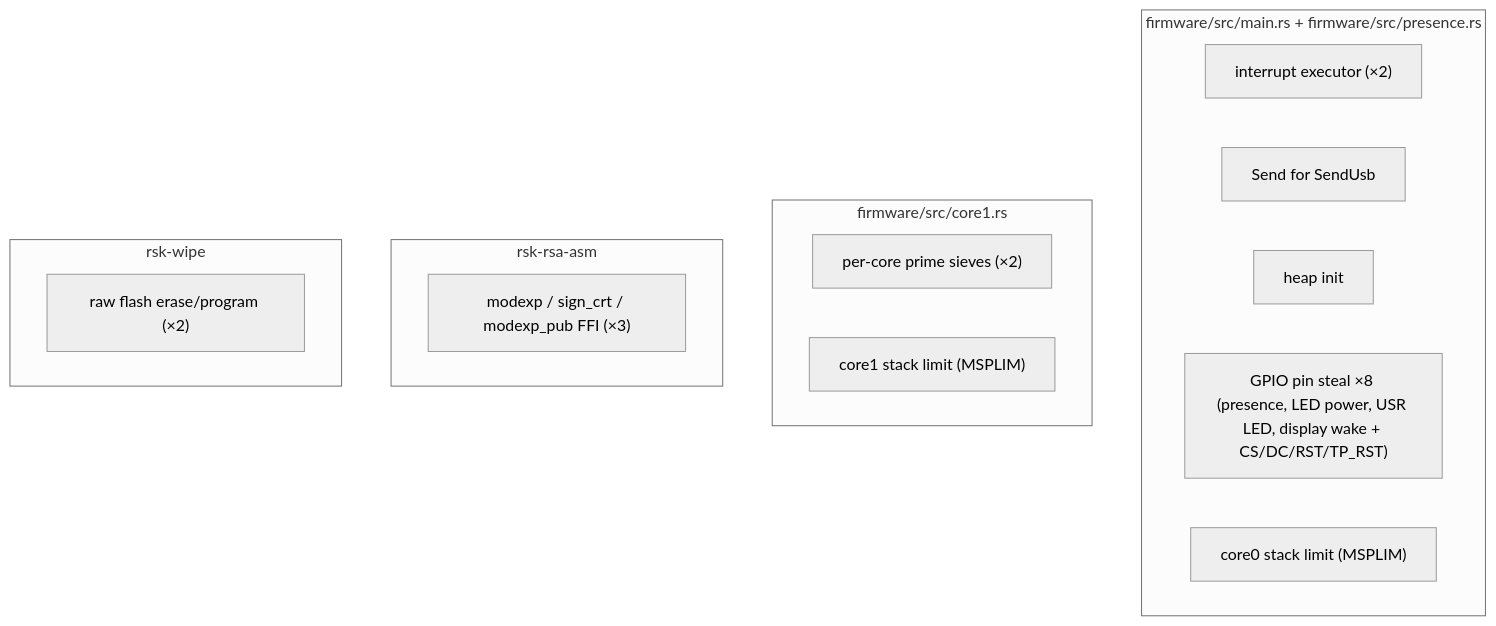
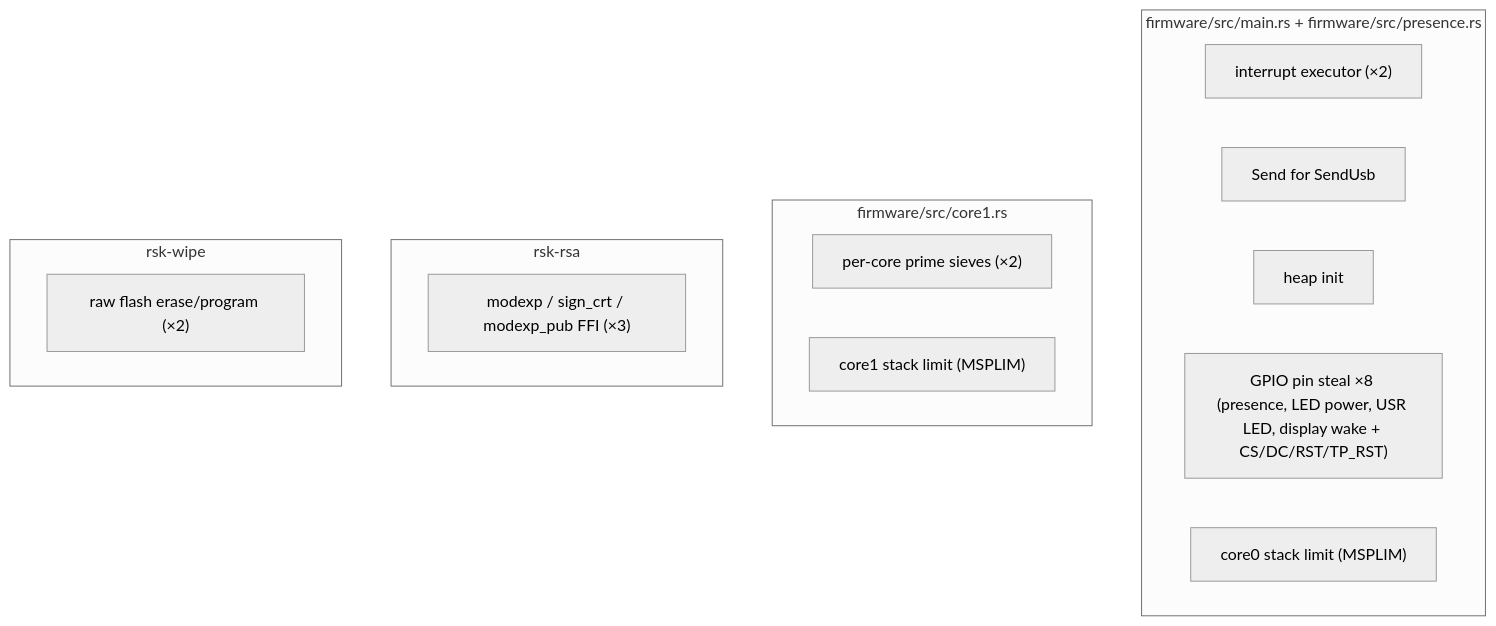
Before and after one commit to TheMaxMur/RS-Key: the diagram in docs/unsafe.md, drawn with Mermaid (neutral theme). The commit also changed other lines of this file and 32 other files, not shown here.

````diff
--- a/docs/unsafe.md
+++ b/docs/unsafe.md
@@ -18,20 +18,20 @@
 ```mermaid
 flowchart TB
     subgraph fw["firmware/src/main.rs + firmware/src/presence.rs"]
       a["interrupt executor (×2)"]
       b["Send for SendUsb"]
       c["heap init"]
       d["GPIO pin steal ×8 (presence, LED power, USR LED, display wake + CS/DC/RST/TP_RST)"]
       d2["core0 stack limit (MSPLIM)"]
     end
     subgraph kg["firmware/src/core1.rs"]
       e["per-core prime sieves (×2)"]
       e2["core1 stack limit (MSPLIM)"]
     end
-    subgraph asm["rsk-rsa-asm"]
+    subgraph asm["rsk-rsa"]
       f["modexp / sign_crt / modexp_pub FFI (×3)"]
     end
     subgraph wipe["rsk-wipe"]
       g["raw flash erase/program (×2)"]
     end
 ```
````
